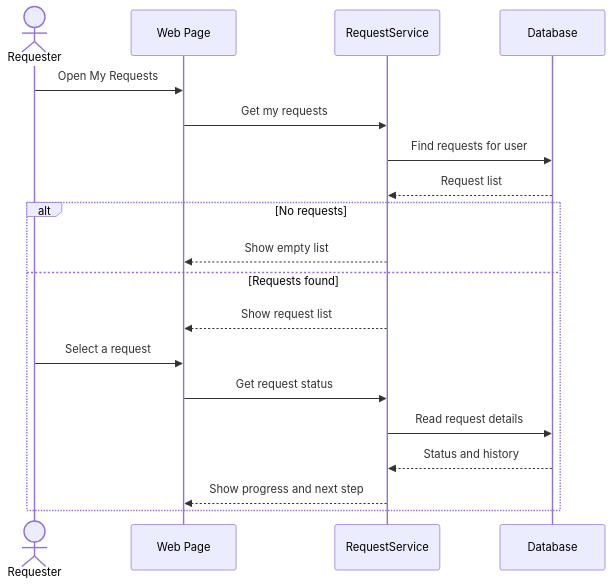
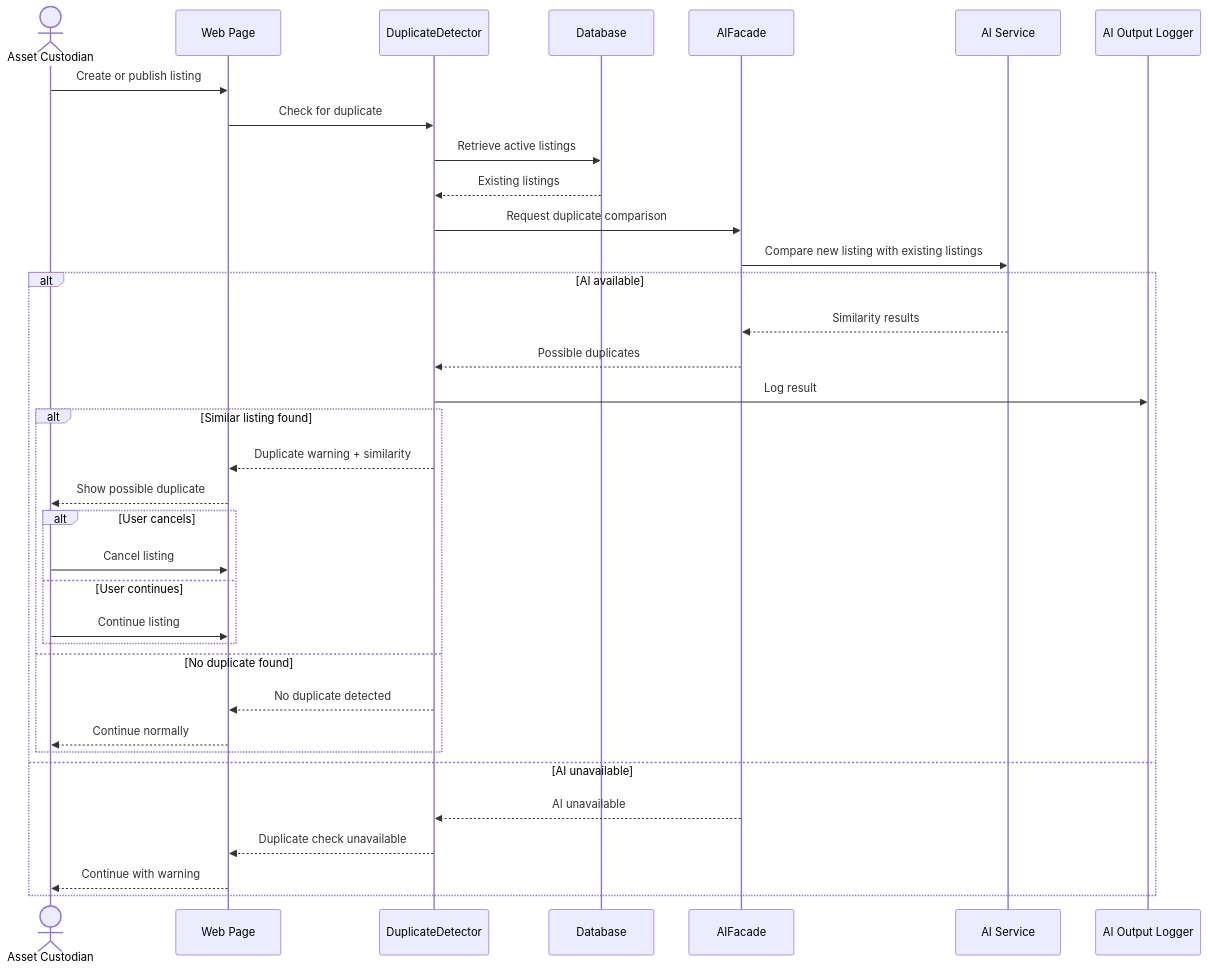
Before and after one commit to Abdulla66541/COSC336-GROUP5: the eighth of 10 diagrams in phase 4-5/01_part1_assets_marketplace_requests.md, drawn with Mermaid. The commit also changed other lines of this file, not shown here.

````diff
--- a/phase 4-5/01_part1_assets_marketplace_requests.md
+++ b/phase 4-5/01_part1_assets_marketplace_requests.md
@@ -362,23 +433,43 @@
 ```mermaid
 sequenceDiagram
-    actor RQ as Requester
+    actor AC as Asset Custodian
     participant UI as Web Page
-    participant S as RequestService
+    participant DD as DuplicateDetector
     participant DB as Database
+    participant AF as AIFacade
+    participant AI as AI Service
+    participant LOG as AI Output Logger
 
-    RQ->>UI: Open My Requests
-    UI->>S: Get my requests
-    S->>DB: Find requests for user
-    DB-->>S: Request list
+    AC->>UI: Create or publish listing
+    UI->>DD: Check for duplicate
+    DD->>DB: Retrieve active listings
+    DB-->>DD: Existing listings
+    DD->>AF: Request duplicate comparison
+    AF->>AI: Compare new listing with existing listings
 
-    alt No requests
-        S-->>UI: Show empty list
-    else Requests found
-        S-->>UI: Show request list
-        RQ->>UI: Select a request
-        UI->>S: Get request status
-        S->>DB: Read request details
-        DB-->>S: Status and history
-        S-->>UI: Show progress and next step
+    alt AI available
+        AI-->>AF: Similarity results
+        AF-->>DD: Possible duplicates
+        DD->>LOG: Log result
+
+        alt Similar listing found
+            DD-->>UI: Duplicate warning + similarity
+            UI-->>AC: Show possible duplicate
+
+            alt User cancels
+                AC->>UI: Cancel listing
+            else User continues
+                AC->>UI: Continue listing
+            end
+
+        else No duplicate found
+            DD-->>UI: No duplicate detected
+            UI-->>AC: Continue normally
+        end
+
+    else AI unavailable
+        AF-->>DD: AI unavailable
+        DD-->>UI: Duplicate check unavailable
+        UI-->>AC: Continue with warning
     end
 ```
````
